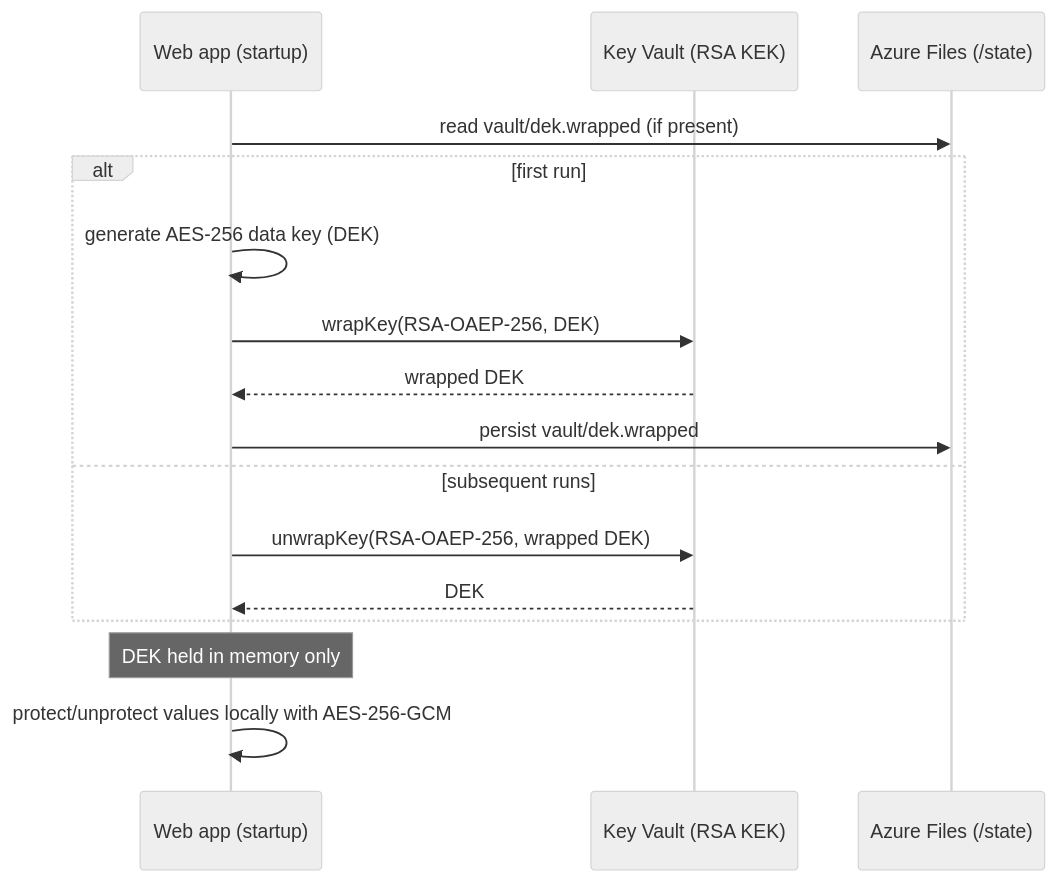
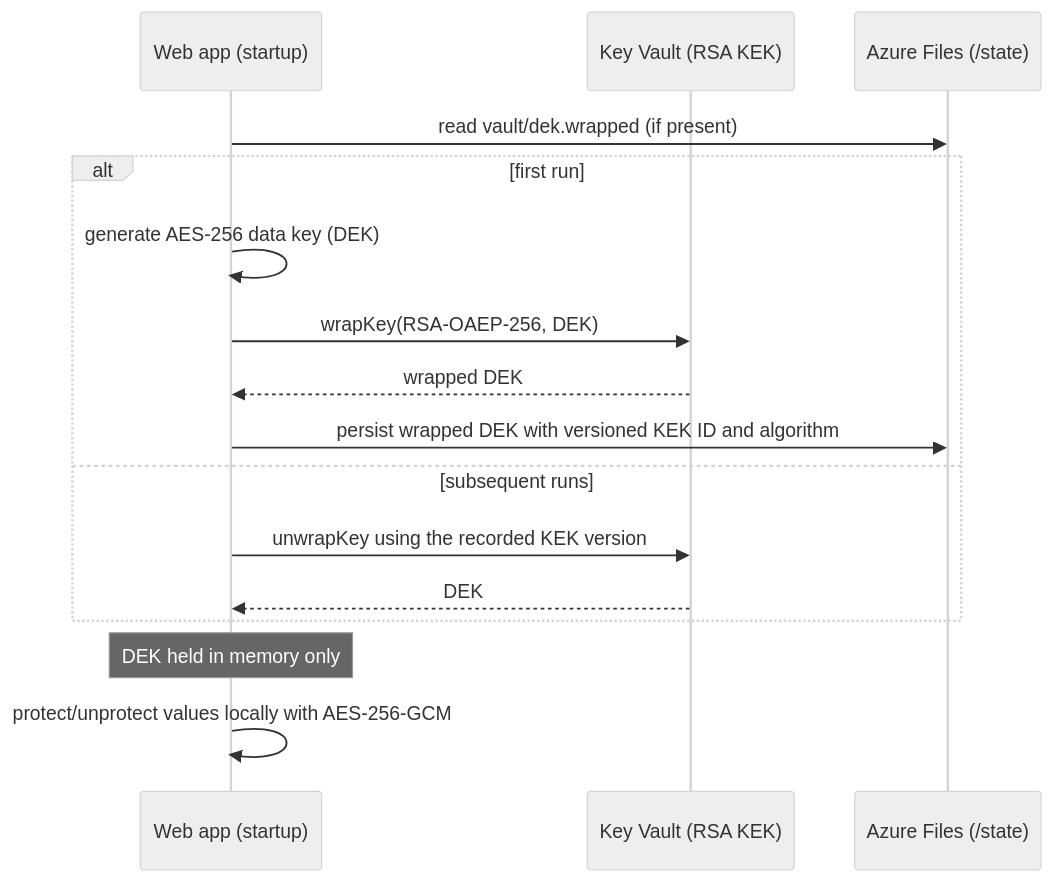
One commit to PeterKoen-MSFT/PDA changed the second of 2 diagrams in docs/azure-architecture.md. Above: the diagram before and after it, drawn with Mermaid (neutral theme). The commit also changed other lines of this file and 30 other files, not shown here.

````diff
--- a/docs/azure-architecture.md
+++ b/docs/azure-architecture.md
@@ -113,19 +118,19 @@
 ```mermaid
 sequenceDiagram
     participant App as Web app (startup)
     participant KV as Key Vault (RSA KEK)
     participant FS as Azure Files (/state)
 
     App->>FS: read vault/dek.wrapped (if present)
     alt first run
         App->>App: generate AES-256 data key (DEK)
         App->>KV: wrapKey(RSA-OAEP-256, DEK)
         KV-->>App: wrapped DEK
-        App->>FS: persist vault/dek.wrapped
+        App->>FS: persist wrapped DEK with versioned KEK ID and algorithm
     else subsequent runs
-        App->>KV: unwrapKey(RSA-OAEP-256, wrapped DEK)
+        App->>KV: unwrapKey using the recorded KEK version
         KV-->>App: DEK
     end
     Note over App: DEK held in memory only
     App->>App: protect/unprotect values locally with AES-256-GCM
 ```
````
